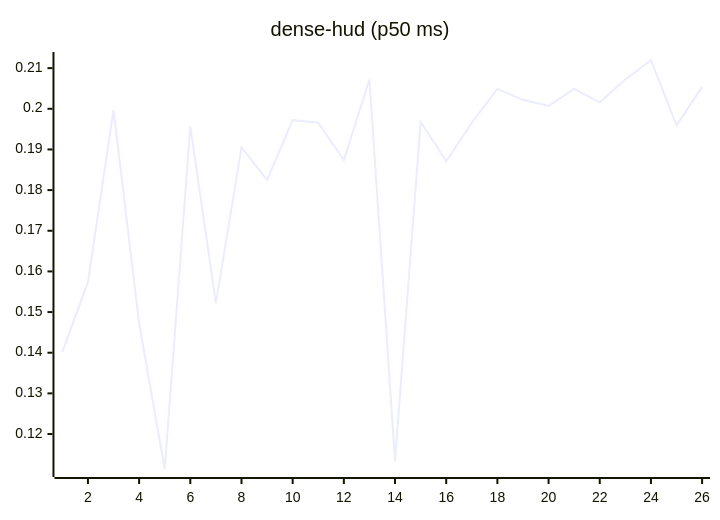
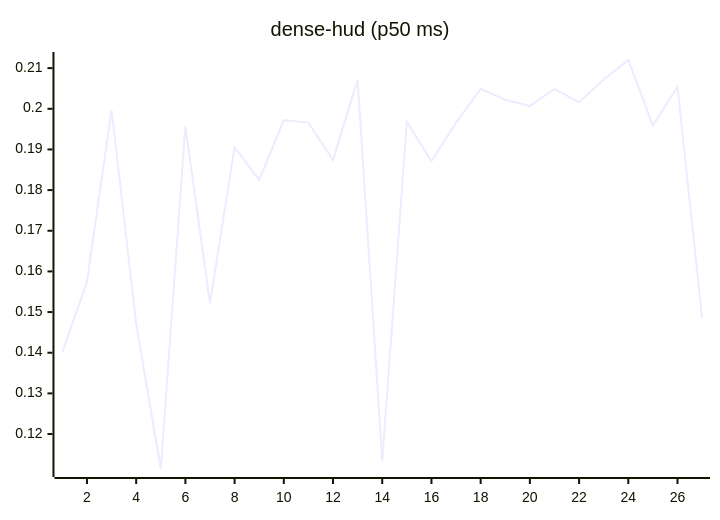
The eighth of 27 diagrams in README.md (josha/Facet), drawn with Mermaid before and after one commit. The commit also changed other lines of this file and 2 other files, not shown here.

````diff
--- a/README.md
+++ b/README.md
@@ -112,6 +112,6 @@
 ```mermaid
 xychart-beta
     title "dense-hud (p50 ms)"
-    x-axis 1 --> 26
-    line [0.1402, 0.1574, 0.1997, 0.1472, 0.1114, 0.1957, 0.1522, 0.1905, 0.1825, 0.1972, 0.1966, 0.1874, 0.2072, 0.1134, 0.1968, 0.1871, 0.1966, 0.2049, 0.2022, 0.2007, 0.2049, 0.2016, 0.2072, 0.2120, 0.1959, 0.2054]
+    x-axis 1 --> 27
+    line [0.1402, 0.1574, 0.1997, 0.1472, 0.1114, 0.1957, 0.1522, 0.1905, 0.1825, 0.1972, 0.1966, 0.1874, 0.2072, 0.1134, 0.1968, 0.1871, 0.1966, 0.2049, 0.2022, 0.2007, 0.2049, 0.2016, 0.2072, 0.2120, 0.1959, 0.2054, 0.1486]
 ```
````
